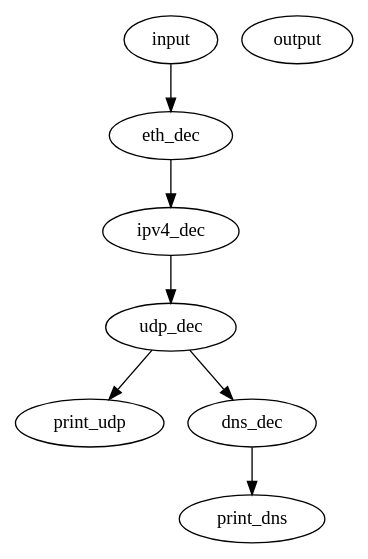
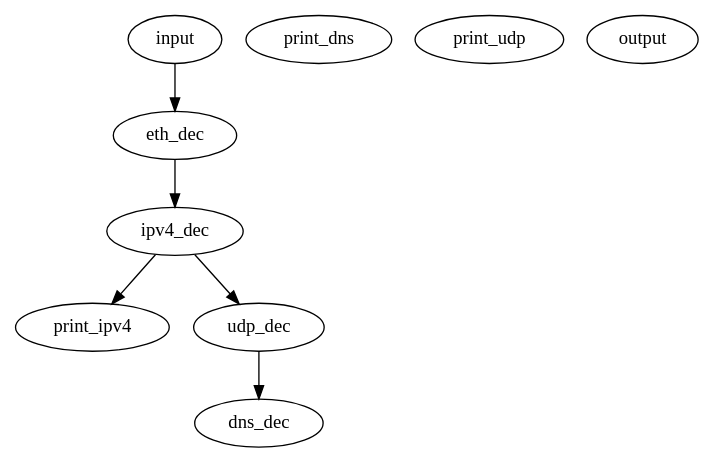
One commit to zbanks/lens changed the diagram in src/lens.dot. Above: the diagram before and after it, drawn with Graphviz. The commit also changed 5 other files, not shown here.

```diff
--- a/src/lens.dot
+++ b/src/lens.dot
@@ -1,13 +1,17 @@
 digraph {
     input;
+    print_ipv4 [type=print prefix=IPV4];
     print_dns [type=print prefix=DNS];
     print_udp [type=print prefix=UDP];
     output [type=output];
 
     input -> eth_dec;
     eth_dec -> ipv4_dec [ethertype=ipv4];
     ipv4_dec -> udp_dec [proto=udp];
     udp_dec -> dns_dec [port=53];
+    ipv4_dec -> print_ipv4;
+    /*
     dns_dec -> print_dns;
     udp_dec -> print_udp [unmatched=1];
+    */
 }
```
